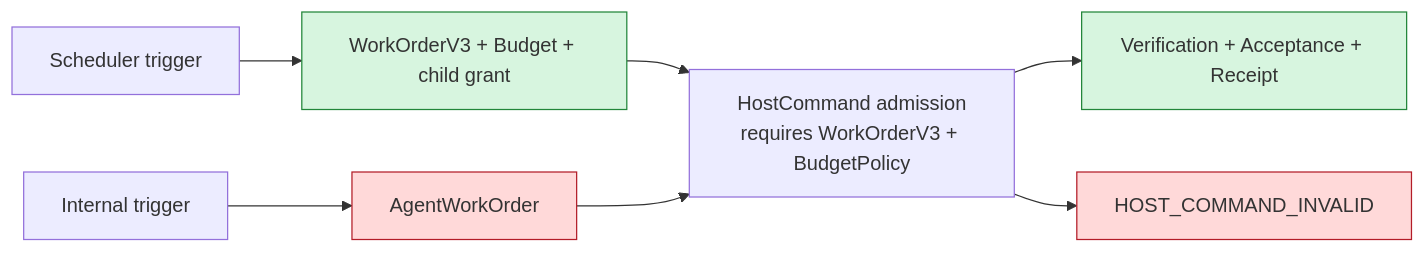
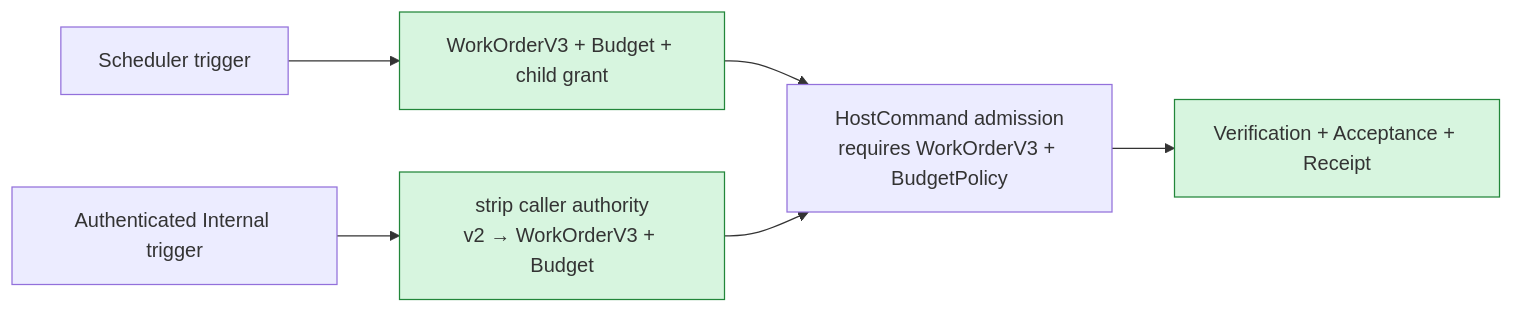
Before and after one commit to SakuraYoruno/Natsume_Ai: the third of 4 diagrams in docs/50_project/arch/diagrams/04_executive_layers.md, drawn with Mermaid. The commit also changed other lines of this file and 16 other files, not shown here.

````diff
--- a/docs/50_project/arch/diagrams/04_executive_layers.md
+++ b/docs/50_project/arch/diagrams/04_executive_layers.md
@@ -72,18 +72,16 @@
 ```mermaid
 flowchart LR
     SCH["Scheduler trigger"]
     NEW["WorkOrderV3 + Budget + child grant"]
     OK["Verification + Acceptance + Receipt"]
-    INT["Internal trigger"]
-    OLD["AgentWorkOrder"]
+    INT["Authenticated Internal trigger"]
+    CLEAN["strip caller authority\nv2 → WorkOrderV3 + Budget"]
     ADMIT["HostCommand admission\nrequires WorkOrderV3 + BudgetPolicy"]
-    FAIL["HOST_COMMAND_INVALID"]
 
     SCH --> NEW --> ADMIT --> OK
-    INT --> OLD --> ADMIT --> FAIL
+    INT --> CLEAN --> ADMIT
 
     style NEW fill:#d7f5df,stroke:#22863a
     style OK fill:#d7f5df,stroke:#22863a
-    style OLD fill:#ffd9d9,stroke:#b31d28
-    style FAIL fill:#ffd9d9,stroke:#b31d28
+    style CLEAN fill:#d7f5df,stroke:#22863a
 ```
````
